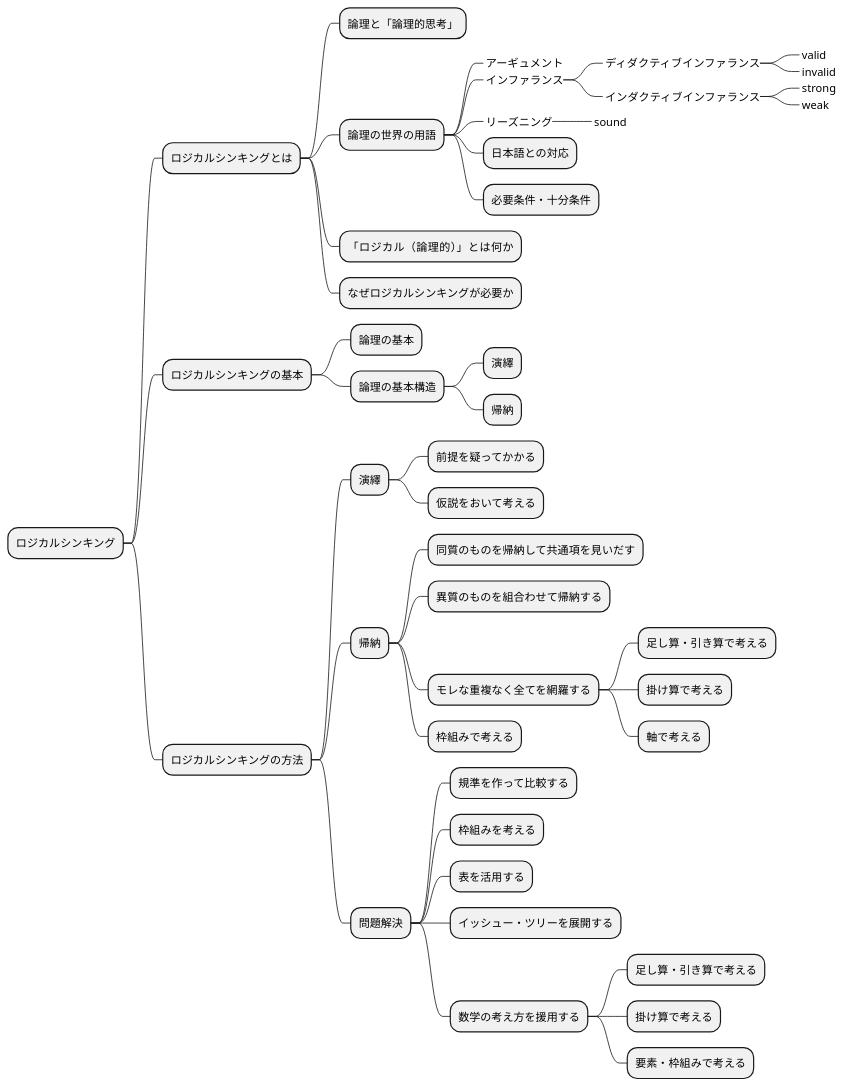
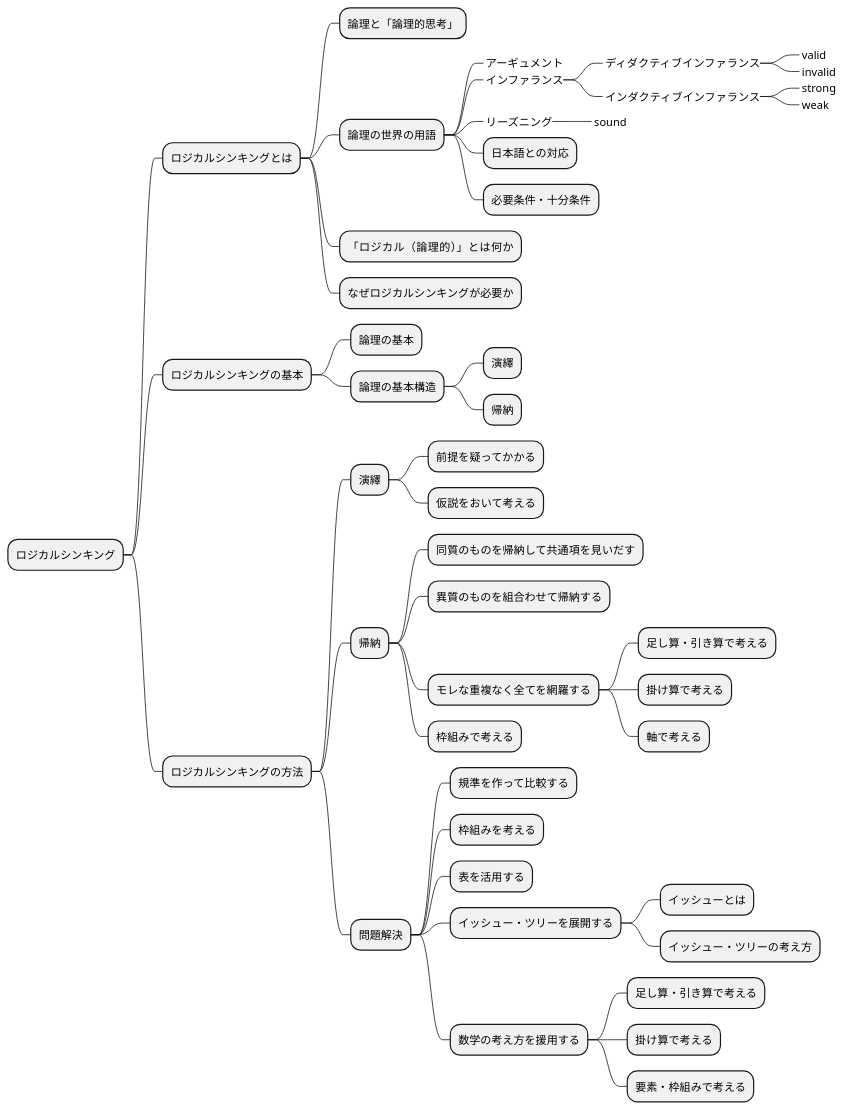
Before and after one commit to k2works/pragmatic-presentation-exercise-2024: the first of 30 diagrams in docs/slides/WIP.md, drawn with PlantUML. The commit also changed other lines of this file, not shown here.

````diff
--- a/docs/slides/WIP.md
+++ b/docs/slides/WIP.md
@@ -9,50 +9,52 @@
 ```plantuml
 @startmindmap
 
 * ロジカルシンキング
 ** ロジカルシンキングとは
 *** 論理と「論理的思考」
 *** 論理の世界の用語
 ****_ アーギュメント
 ****_ インファランス
 *****_ ディダクティブインファランス
 ******_ valid
 ******_ invalid
 *****_ インダクティブインファランス
 ******_ strong
 ******_ weak
 ****_ リーズニング
 *****_ sound
 **** 日本語との対応
 **** 必要条件・十分条件
 *** 「ロジカル（論理的）」とは何か
 *** なぜロジカルシンキングが必要か
 ** ロジカルシンキングの基本
 *** 論理の基本
 *** 論理の基本構造
 **** 演繹
 **** 帰納
 ** ロジカルシンキングの方法
 *** 演繹
 **** 前提を疑ってかかる
 **** 仮説をおいて考える
 *** 帰納
 **** 同質のものを帰納して共通項を見いだす
 **** 異質のものを組合わせて帰納する
 **** モレな重複なく全てを網羅する
 ***** 足し算・引き算で考える
 ***** 掛け算で考える
 ***** 軸で考える
 **** 枠組みで考える
 *** 問題解決
 **** 規準を作って比較する
 **** 枠組みを考える
 **** 表を活用する
 **** イッシュー・ツリーを展開する
+***** イッシューとは
+***** イッシュー・ツリーの考え方
 **** 数学の考え方を援用する
 ***** 足し算・引き算で考える
 ***** 掛け算で考える
 ***** 要素・枠組みで考える
 
 @endmindmap
 ```
````
